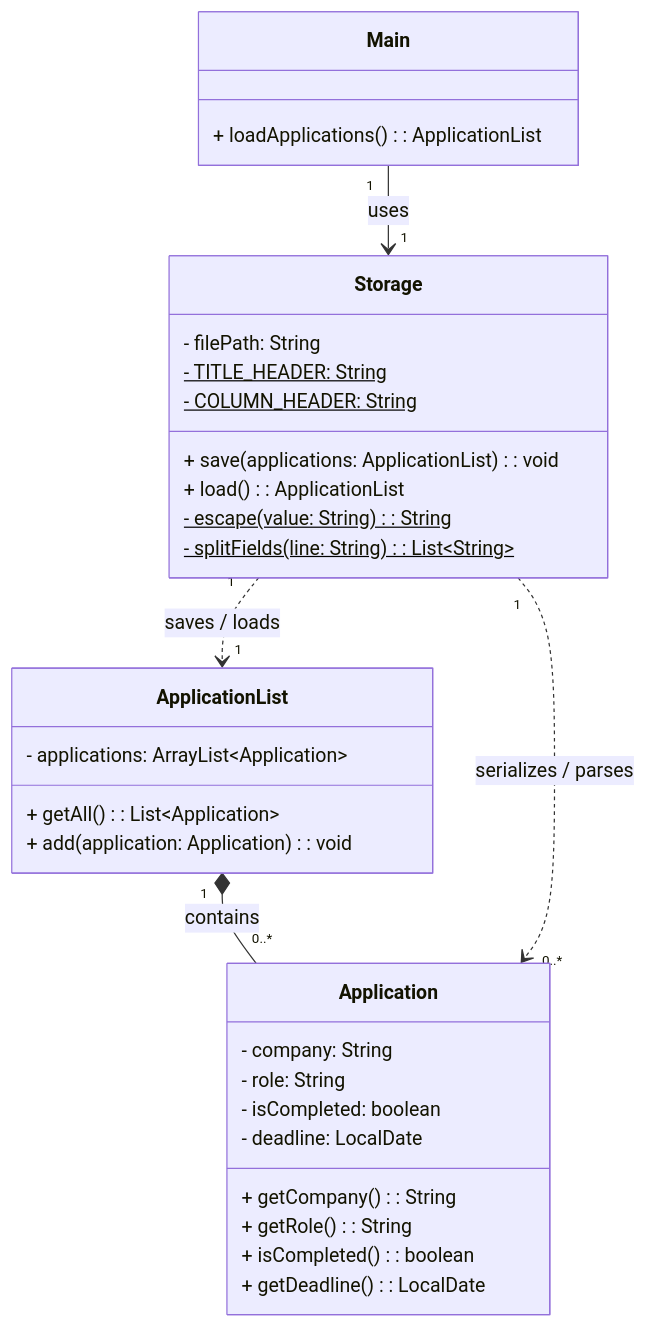
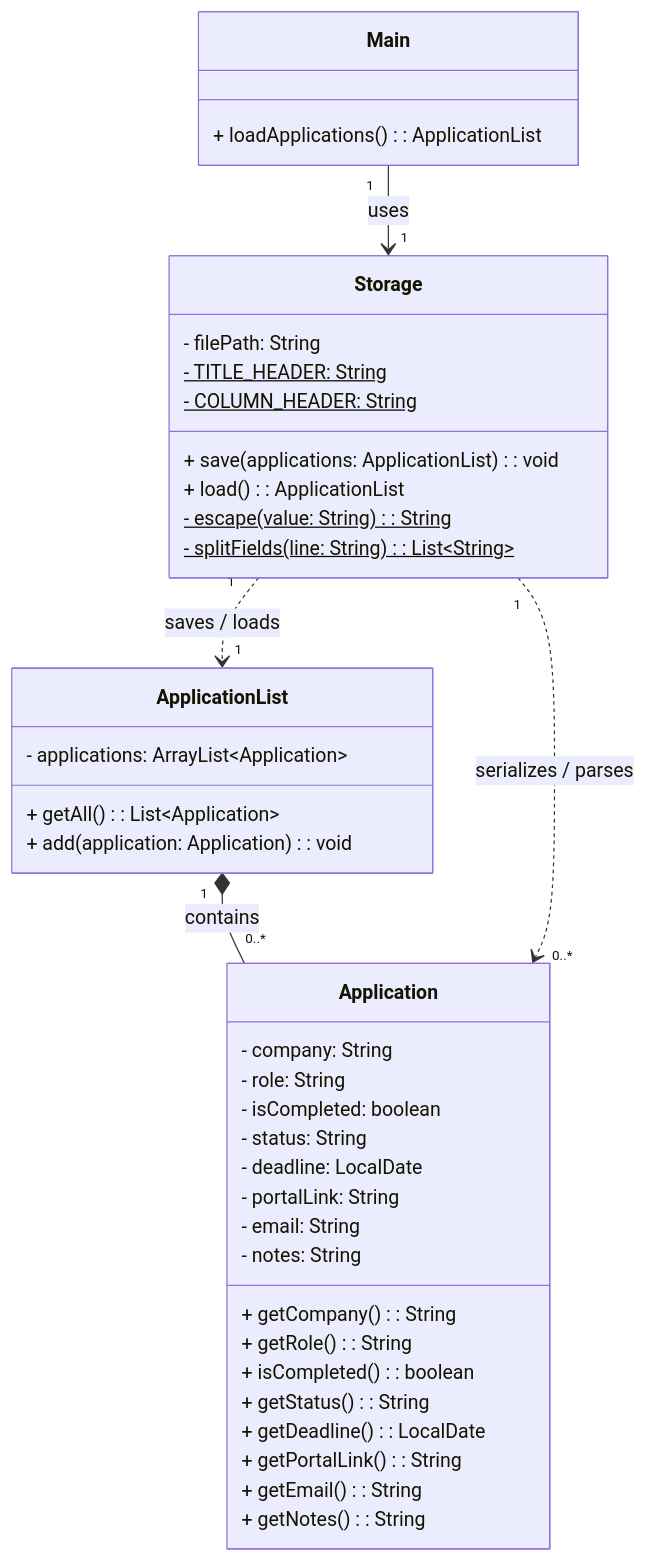
Before and after one commit to AY2627S1-CS2113-T10-2/tp: diagram 20 of 22 in docs/DeveloperGuide.md, drawn with Mermaid. The commit also changed other lines of this file and 13 other files, not shown here.

First line of the commit message:
feat: add optional company portal link, email, and notes to add/edit features

````diff
--- a/docs/DeveloperGuide.md
+++ b/docs/DeveloperGuide.md
@@ -1186,40 +1222,48 @@
 ```mermaid
 classDiagram
     direction TB
 
     class Storage {
         - filePath: String
         - TITLE_HEADER: String$
         - COLUMN_HEADER: String$
         + save(applications: ApplicationList): void
         + load(): ApplicationList
         - escape(value: String)$: String
         - splitFields(line: String)$: List~String~
     }
 
     class ApplicationList {
         - applications: ArrayList~Application~
         + getAll(): List~Application~
         + add(application: Application): void
     }
 
     class Application {
         - company: String
         - role: String
         - isCompleted: boolean
+        - status: String
         - deadline: LocalDate
+        - portalLink: String
+        - email: String
+        - notes: String
         + getCompany(): String
         + getRole(): String
         + isCompleted(): boolean
+        + getStatus(): String
         + getDeadline(): LocalDate
+        + getPortalLink(): String
+        + getEmail(): String
+        + getNotes(): String
     }
 
     class Main {
         + loadApplications(): ApplicationList
     }
 
     Main "1" --> "1" Storage : uses
     Storage "1" ..> "1" ApplicationList : saves / loads
     ApplicationList "1" *-- "0..*" Application : contains
     Storage "1" ..> "0..*" Application : serializes / parses
 ```
````
